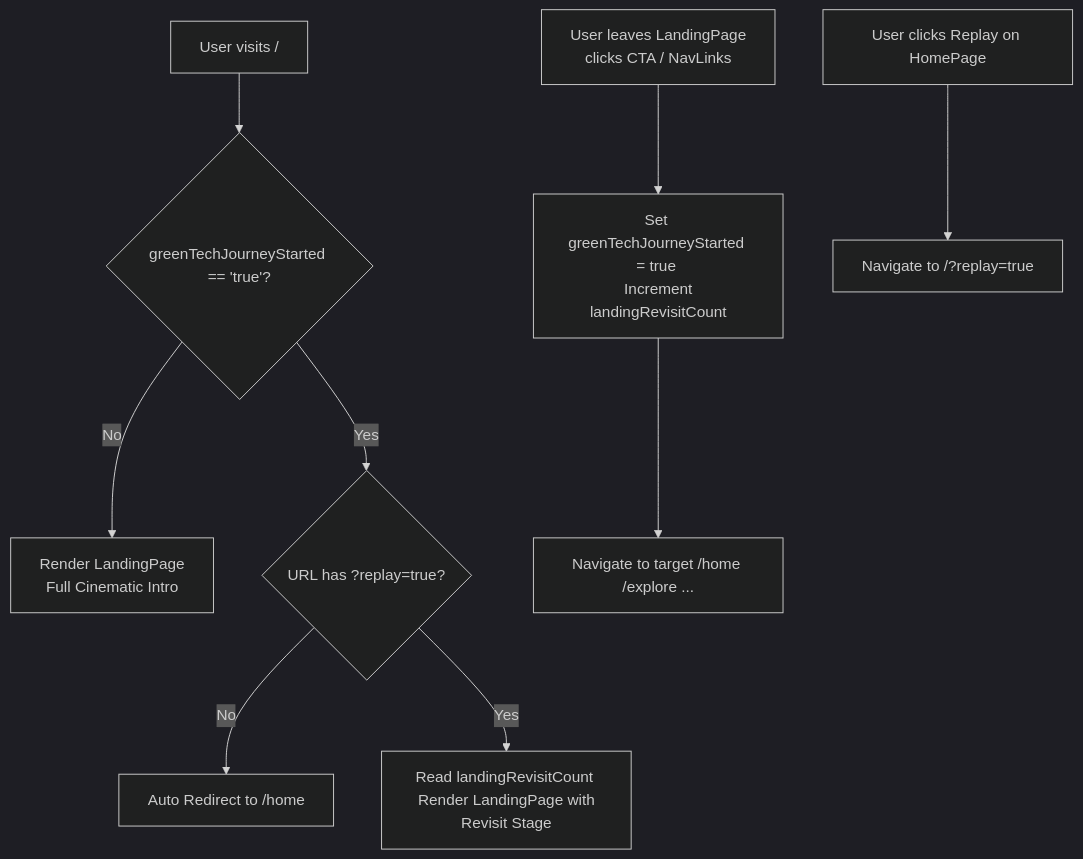
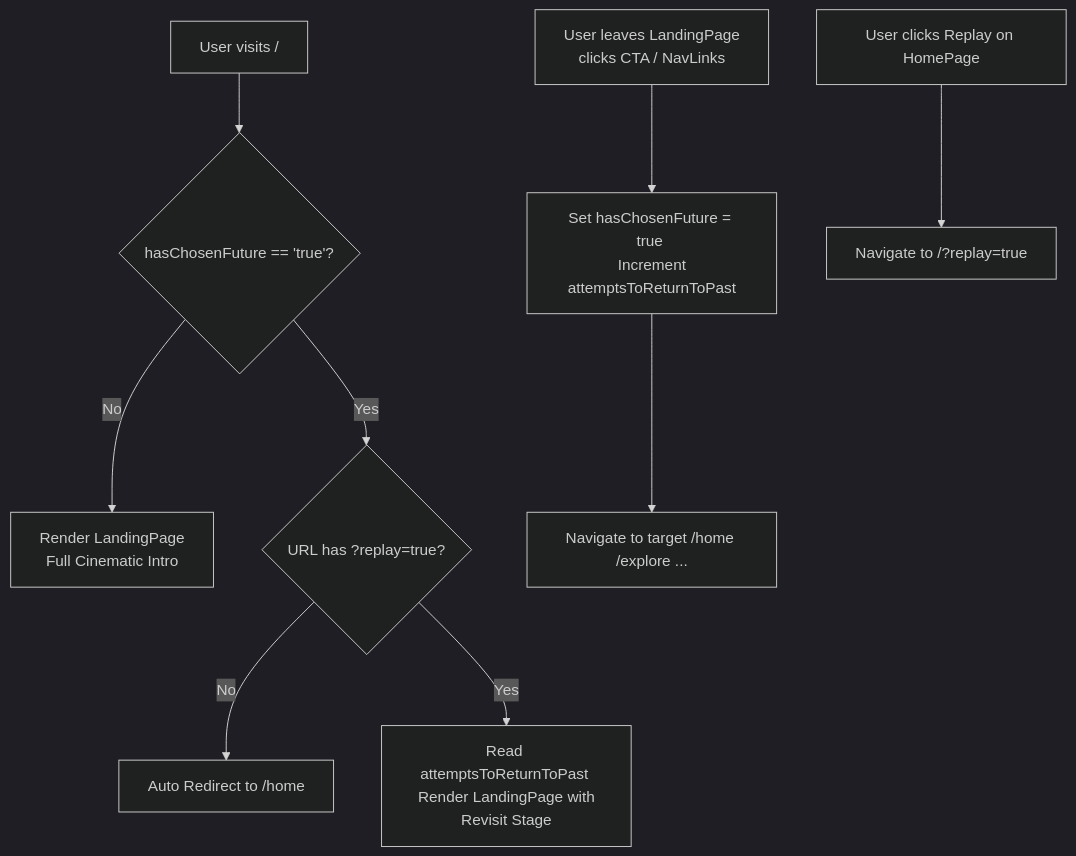
The diagram in docs/architecture/routing-revisit-architecture.md (cx-1121/UCCD2323-front-end-web-design), drawn with Mermaid (dark theme) before and after one commit. The commit also changed other lines of this file and 13 other files, not shown here.

Commit message:
feat: implement global styles, routing guards, and modular components for the LandingPage and DebugConsole architecture.

````diff
--- a/docs/architecture/routing-revisit-architecture.md
+++ b/docs/architecture/routing-revisit-architecture.md
@@ -33,13 +33,13 @@
 ```mermaid
 graph TD
-    A[User visits /] --> B{greenTechJourneyStarted == 'true'?}
+    A[User visits /] --> B{hasChosenFuture == 'true'?}
     B -- No --> C[Render LandingPage <br> Full Cinematic Intro]
     B -- Yes --> D{URL has ?replay=true?}
     D -- No --> E[Auto Redirect to /home]
-    D -- Yes --> F[Read landingRevisitCount <br> Render LandingPage with Revisit Stage]
+    D -- Yes --> F[Read attemptsToReturnToPast <br> Render LandingPage with Revisit Stage]
 
-    G[User leaves LandingPage <br> clicks CTA / NavLinks] --> H[Set greenTechJourneyStarted = true <br> Increment landingRevisitCount]
+    G[User leaves LandingPage <br> clicks CTA / NavLinks] --> H[Set hasChosenFuture = true <br> Increment attemptsToReturnToPast]
     H --> I[Navigate to target /home /explore ...]
     
     J[User clicks Replay on HomePage] --> K[Navigate to /?replay=true]
 ```
````
